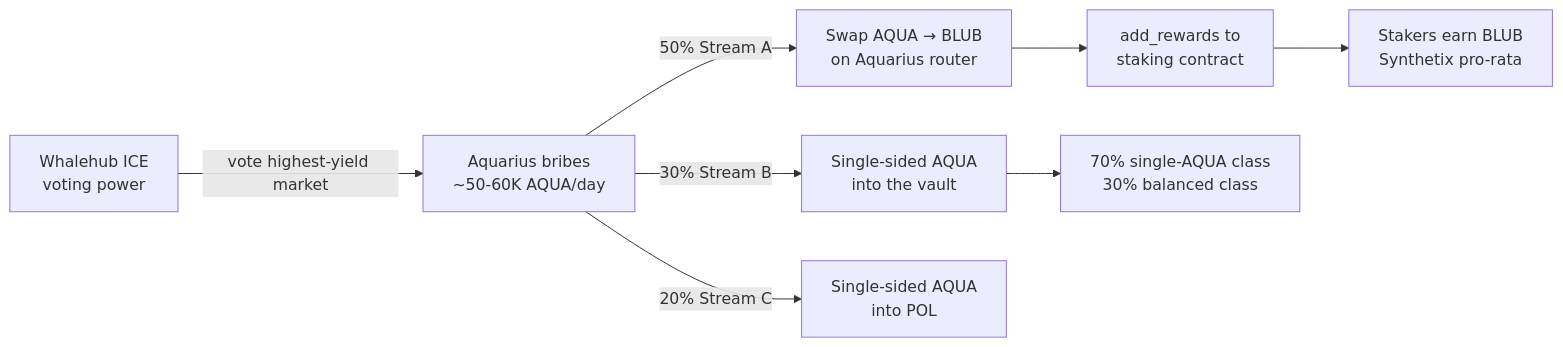
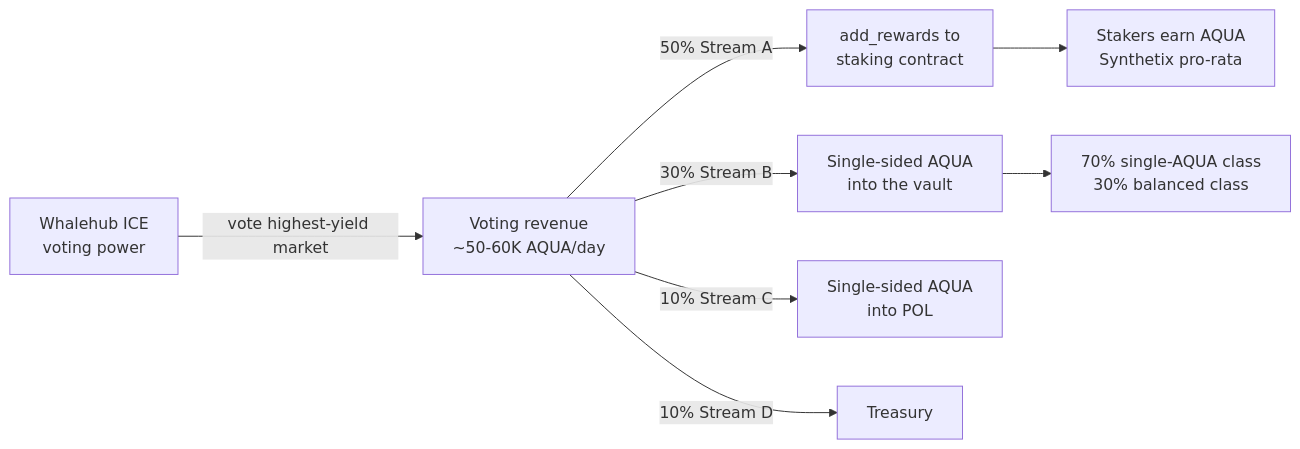
One commit to WhaleHub/whalehub-core changed the diagram in docs/tokenomics/bribes-harvesting.md. Above: the diagram before and after it, drawn with Mermaid. The commit also changed other lines of this file and 19 other files, not shown here.

First line of the commit message:
feat: v3 reward engine — pay stakers in AQUA, revertibly

````diff
--- a/docs/tokenomics/bribes-harvesting.md
+++ b/docs/tokenomics/bribes-harvesting.md
@@ -13,10 +13,10 @@
 ```mermaid
 flowchart LR
-    A[Whalehub ICE<br/>voting power] -->|vote highest-yield market| B[Aquarius bribes<br/>~50-60K AQUA/day]
-    B -->|50% Stream A| D[Swap AQUA → BLUB<br/>on Aquarius router]
-    D --> E[add_rewards to<br/>staking contract]
-    E --> F[Stakers earn BLUB<br/>Synthetix pro-rata]
+    A[Whalehub ICE<br/>voting power] -->|vote highest-yield market| B[Voting revenue<br/>~50-60K AQUA/day]
+    B -->|50% Stream A| D[add_rewards to<br/>staking contract]
+    D --> F[Stakers earn AQUA<br/>Synthetix pro-rata]
     B -->|30% Stream B| G[Single-sided AQUA<br/>into the vault]
     G --> H[70% single-AQUA class<br/>30% balanced class]
-    B -->|20% Stream C| I[Single-sided AQUA<br/>into POL]
+    B -->|10% Stream C| I[Single-sided AQUA<br/>into POL]
+    B -->|10% Stream D| J[Treasury]
 ```
````
